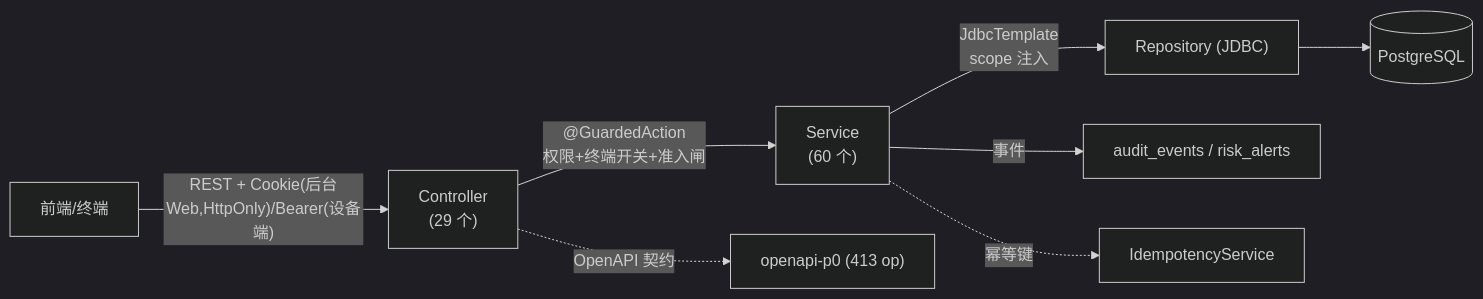
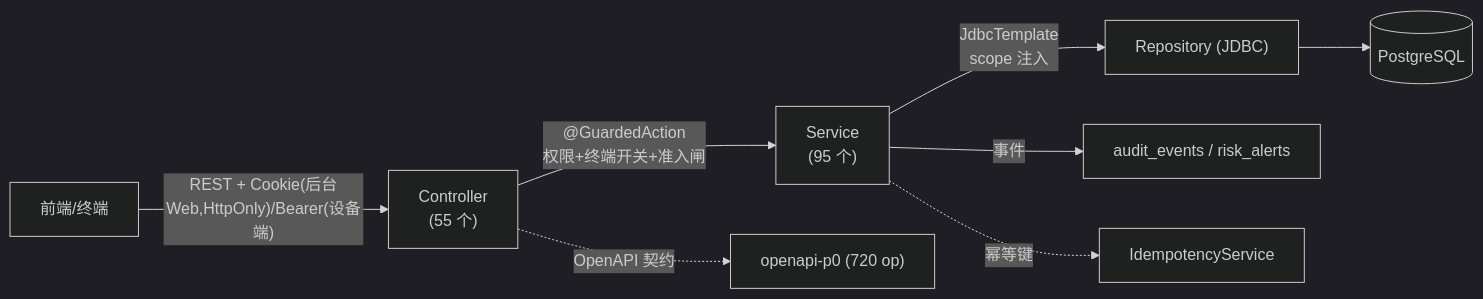
One commit to jxh1979/mall changed the third of 5 diagrams in docs/architecture-overview-v0.1.md. Above: the diagram before and after it, drawn with Mermaid (dark theme). The commit also changed other lines of this file and 11 other files, not shown here.

Commit message:
docs: 收口 M02 业务分层与总图文档出处对齐

````diff
--- a/docs/architecture-overview-v0.1.md
+++ b/docs/architecture-overview-v0.1.md
@@ -97,10 +97,10 @@
 ```mermaid
 graph LR
-  UI["前端/终端"] -->|"REST + Cookie(后台Web,HttpOnly)/Bearer(设备端)"| CTRL["Controller<br/>(29 个)"]
-  CTRL -->|"@GuardedAction<br/>权限+终端开关+准入闸"| SVC["Service<br/>(60 个)"]
+  UI["前端/终端"] -->|"REST + Cookie(后台Web,HttpOnly)/Bearer(设备端)"| CTRL["Controller<br/>(55 个)"]
+  CTRL -->|"@GuardedAction<br/>权限+终端开关+准入闸"| SVC["Service<br/>(95 个)"]
   SVC -->|"JdbcTemplate<br/>scope 注入"| REPO["Repository (JDBC)"]
   REPO --> PG[("PostgreSQL")]
   SVC -->|"事件"| AUD["audit_events / risk_alerts"]
   SVC -. "幂等键" .-> IDEM["IdempotencyService"]
-  CTRL -. "OpenAPI 契约" .-> OAS["openapi-p0 (413 op)"]
+  CTRL -. "OpenAPI 契约" .-> OAS["openapi-p0 (720 op)"]
 ```
````
